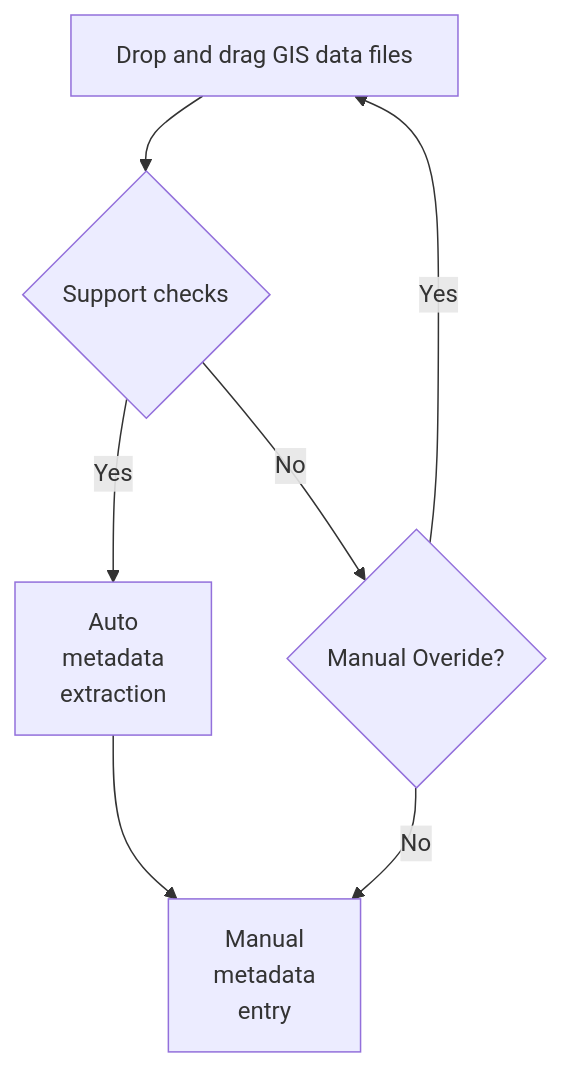
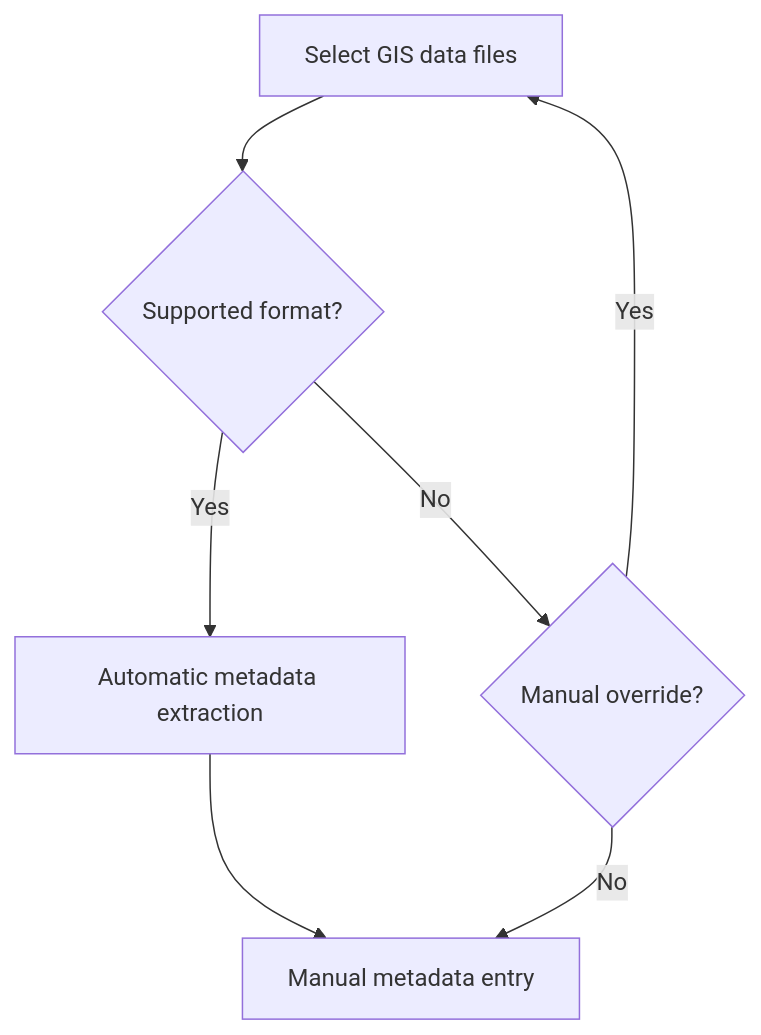
The diagram in README.md (ekznw/ekznwr), drawn with Mermaid before and after one commit. The commit also changed other lines of this file and 64 other files, not shown here.

````diff
--- a/README.md
+++ b/README.md
@@ -15,17 +48,9 @@
 ```mermaid
 graph TD
-    A[Drop and drag GIS data files] --> B{Support checks}
-    B -->|Yes| C[
-        Auto
-     metadata
-     extraction
-    ]
-    B -->|No| D{Manual Overide?}
+    A[Select GIS data files] --> B{Supported format?}
+    B -->|Yes| C[Automatic metadata extraction]
+    B -->|No| D{Manual override?}
     D -->|Yes| A
-    D -->|No| E[
-        Manual
-        metadata
-        entry
-        ]
+    D -->|No| E[Manual metadata entry]
     C --> E
 ```
````
